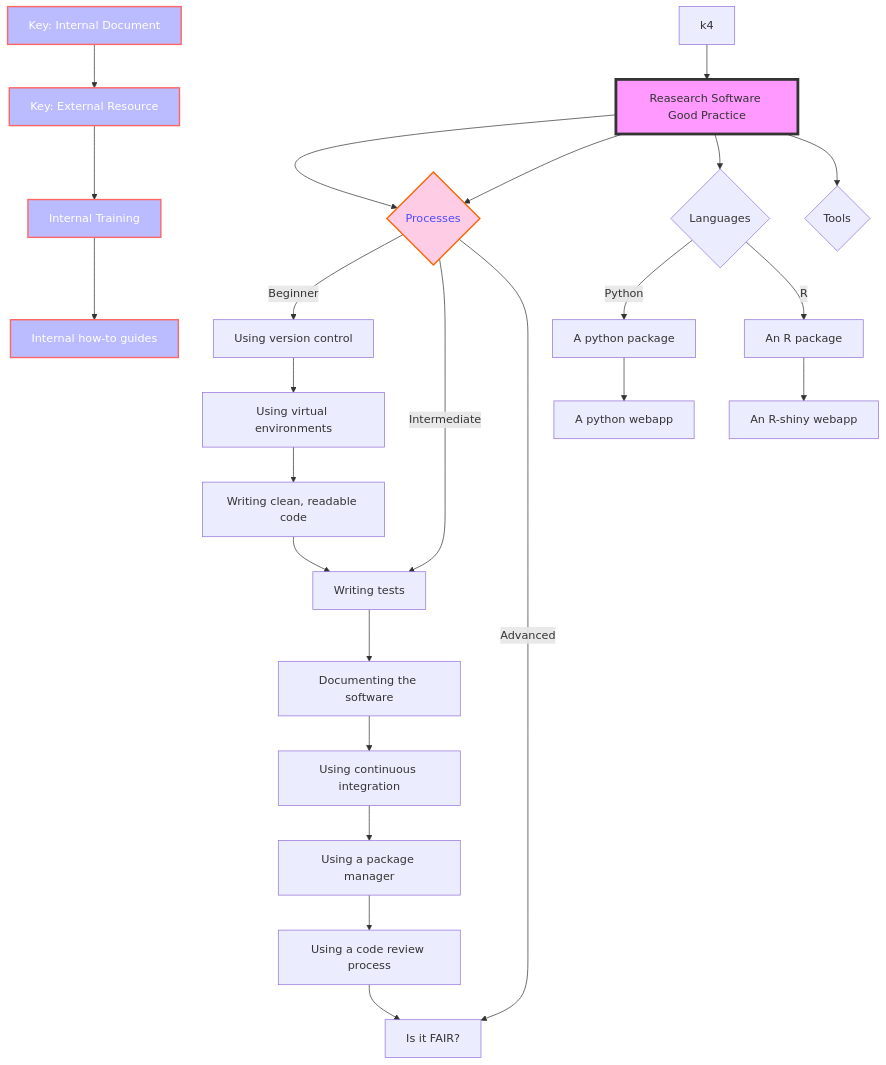
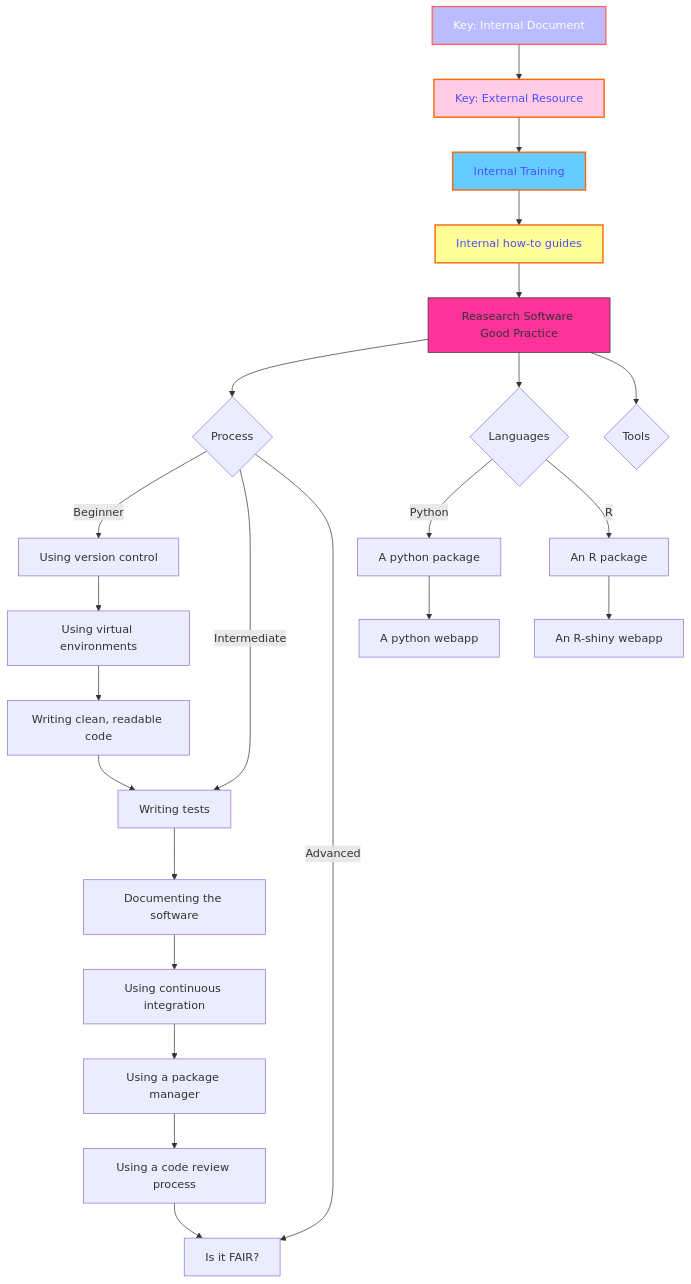
Before and after one commit to ICR-SC/good-practice: the diagram in docs/index.md, drawn with Mermaid.

````diff
--- a/docs/index.md
+++ b/docs/index.md
@@ -6,33 +6,32 @@
 ``` mermaid
 graph TD
   K1[Key: Internal Document] --> K2[Key: External Resource];
   K2 --> K3[Internal Training];
   K3 --> K4[Internal how-to guides];
-  k4 --> A[Reasearch Software Good Practice];
+  K4 --> A[Reasearch Software Good Practice];
   A --> B{Process};
-  A[Reasearch Software Good Practice] --> B{Processes};
   B -->|Beginner| C[Using version control];
   C --> D[Using virtual environments];
   D --> E[Writing clean, readable code];
   E --> F[Writing tests];
   B ---->|Intermediate| F;
   F --> G[Documenting the software];
   G --> H[Using continuous integration];
   H --> I[Using a package manager];
   I --> J[Using a code review process];
   J --> K[Is it FAIR?];
-  B ---->|Advanced| K;  
+  B ---->|Advanced| K;
   A --> EB{Languages};
   EB --> |Python| PA[A python package];
   PA --> PB[A python webapp];
   EB --> |R| RA[An R package];
   RA --> RB[An R-shiny webapp];
   A --> TA{Tools};
-  click B "https://www.github.com" "This is a tooltip for a link"
-  style A fill:#f9f,stroke:#333,stroke-width:4px
-  style B fill:#ffcce6,stroke:#ff6600,stroke-width:2px,color:#4d4dff
+  click K1 "https://www.github.com" "This is a tooltip for a link"
+  style A fill:#ff3399,stroke:#333,stroke-width:1px
   style K1 fill:#bbf,stroke:#f66,stroke-width:2px,color:#fff
-  style K2 fill:#bbf,stroke:#f66,stroke-width:2px,color:#fff
-  style K3 fill:#bbf,stroke:#f66,stroke-width:2px,color:#fff
-  style K4 fill:#bbf,stroke:#f66,stroke-width:2px,color:#fff
+  style K2 fill:#ffcce6,stroke:#ff6600,stroke-width:2px,color:#4d4dff
+  style K3 fill:#66ccff,stroke:#ff6600,stroke-width:2px,color:#4d4dff
+  style K4 fill:#ffff99,stroke:#ff6600,stroke-width:2px,color:#4d4dff
+  
 ```
````
